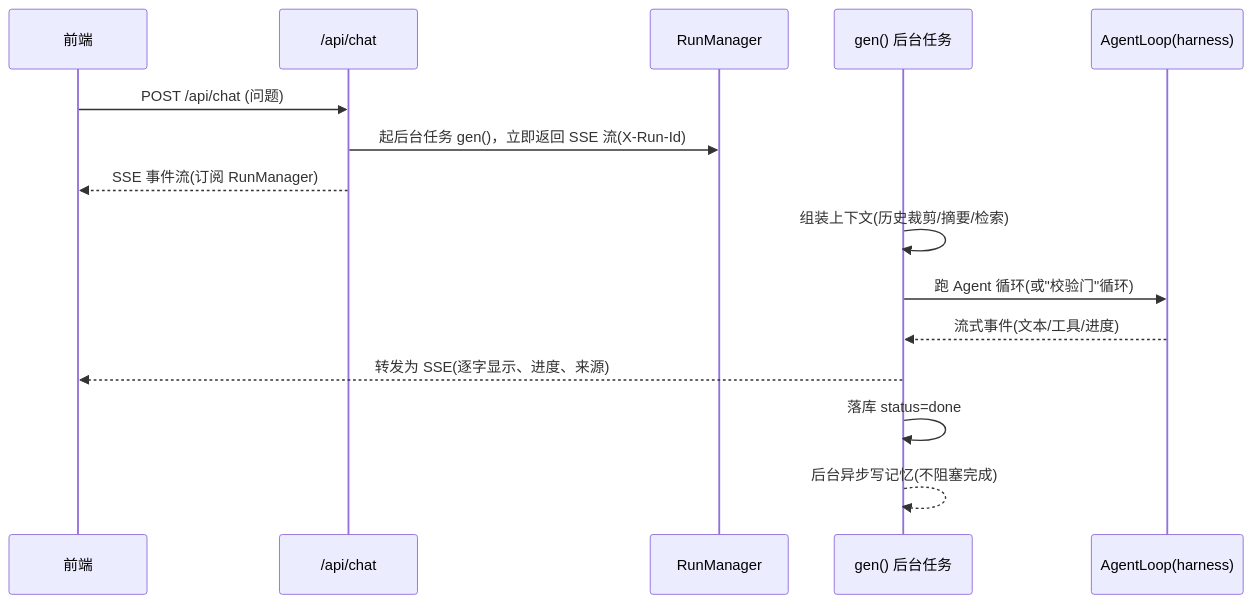
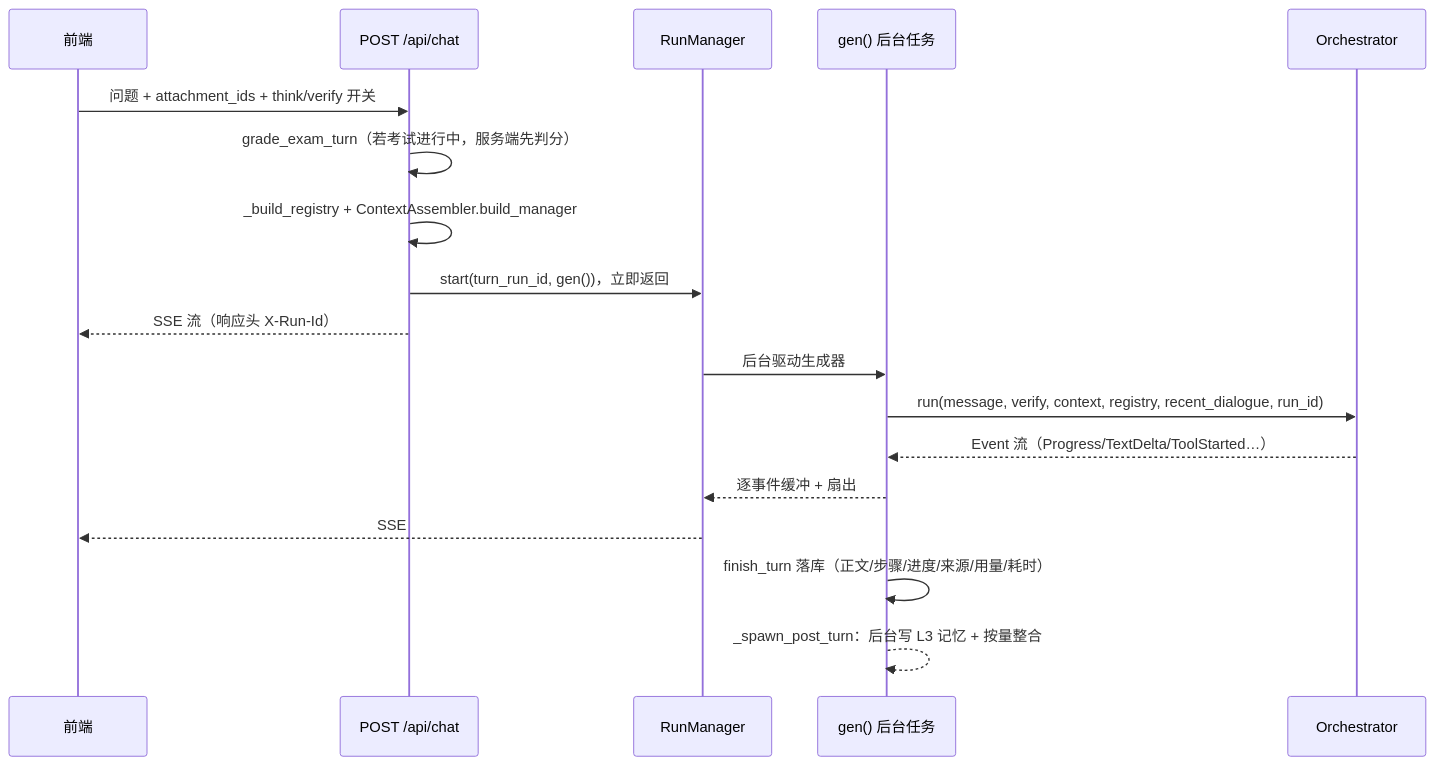
Before and after one commit to sumengnan/ai-learning-helper: the third of 3 diagrams in docs/architecture-app.md, drawn with Mermaid. The commit also changed other lines of this file and 1 other file, not shown here.

````diff
--- a/docs/architecture-app.md
+++ b/docs/architecture-app.md
@@ -68,18 +217,21 @@
 ```mermaid
 sequenceDiagram
     participant U as 前端
-    participant API as /api/chat
+    participant API as POST /api/chat
     participant RM as RunManager
     participant G as gen() 后台任务
-    participant H as AgentLoop(harness)
+    participant O as Orchestrator
 
-    U->>API: POST /api/chat (问题)
-    API->>RM: 起后台任务 gen()，立即返回 SSE 流(X-Run-Id)
-    API-->>U: SSE 事件流(订阅 RunManager)
-    G->>G: 组装上下文(历史裁剪/摘要/检索)
-    G->>H: 跑 Agent 循环(或"校验门"循环)
-    H-->>G: 流式事件(文本/工具/进度)
-    G-->>U: 转发为 SSE(逐字显示、进度、来源)
-    G->>G: 落库 status=done
-    G-->>G: 后台异步写记忆(不阻塞完成)
+    U->>API: 问题 + attachment_ids + think/verify 开关
+    API->>API: grade_exam_turn（若考试进行中，服务端先判分）
+    API->>API: _build_registry + ContextAssembler.build_manager
+    API->>RM: start(turn_run_id, gen())，立即返回
+    API-->>U: SSE 流（响应头 X-Run-Id）
+    RM->>G: 后台驱动生成器
+    G->>O: run(message, verify, context, registry, recent_dialogue, run_id)
+    O-->>G: Event 流（Progress/TextDelta/ToolStarted…）
+    G-->>RM: 逐事件缓冲 + 扇出
+    RM-->>U: SSE
+    G->>G: finish_turn 落库（正文/步骤/进度/来源/用量/耗时）
+    G-->>G: _spawn_post_turn：后台写 L3 记忆 + 按量整合
 ```
````
